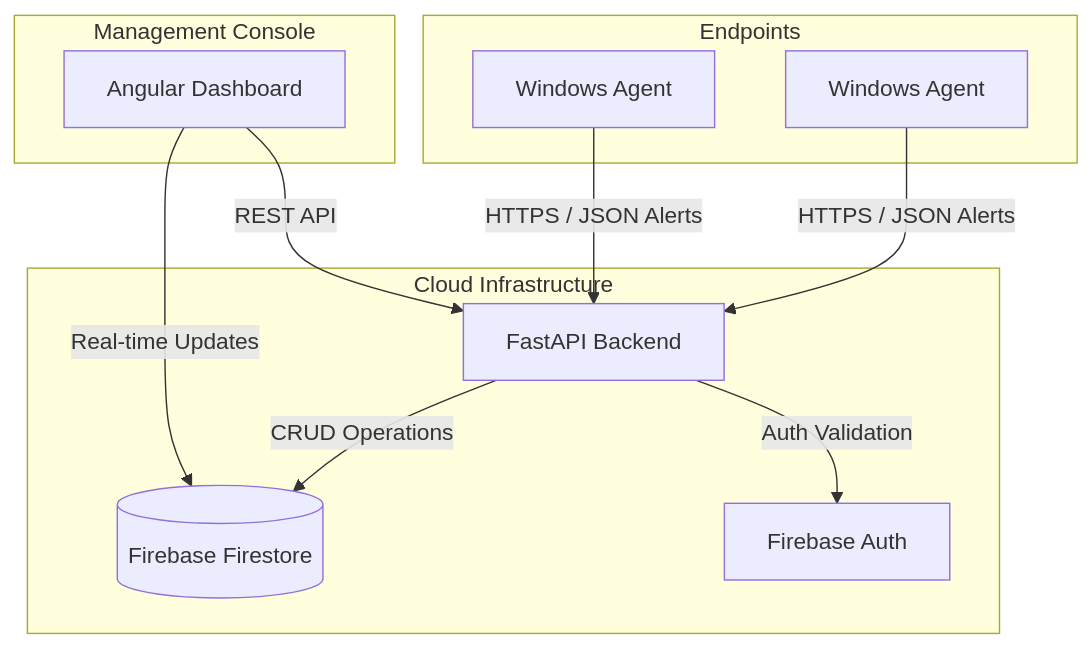
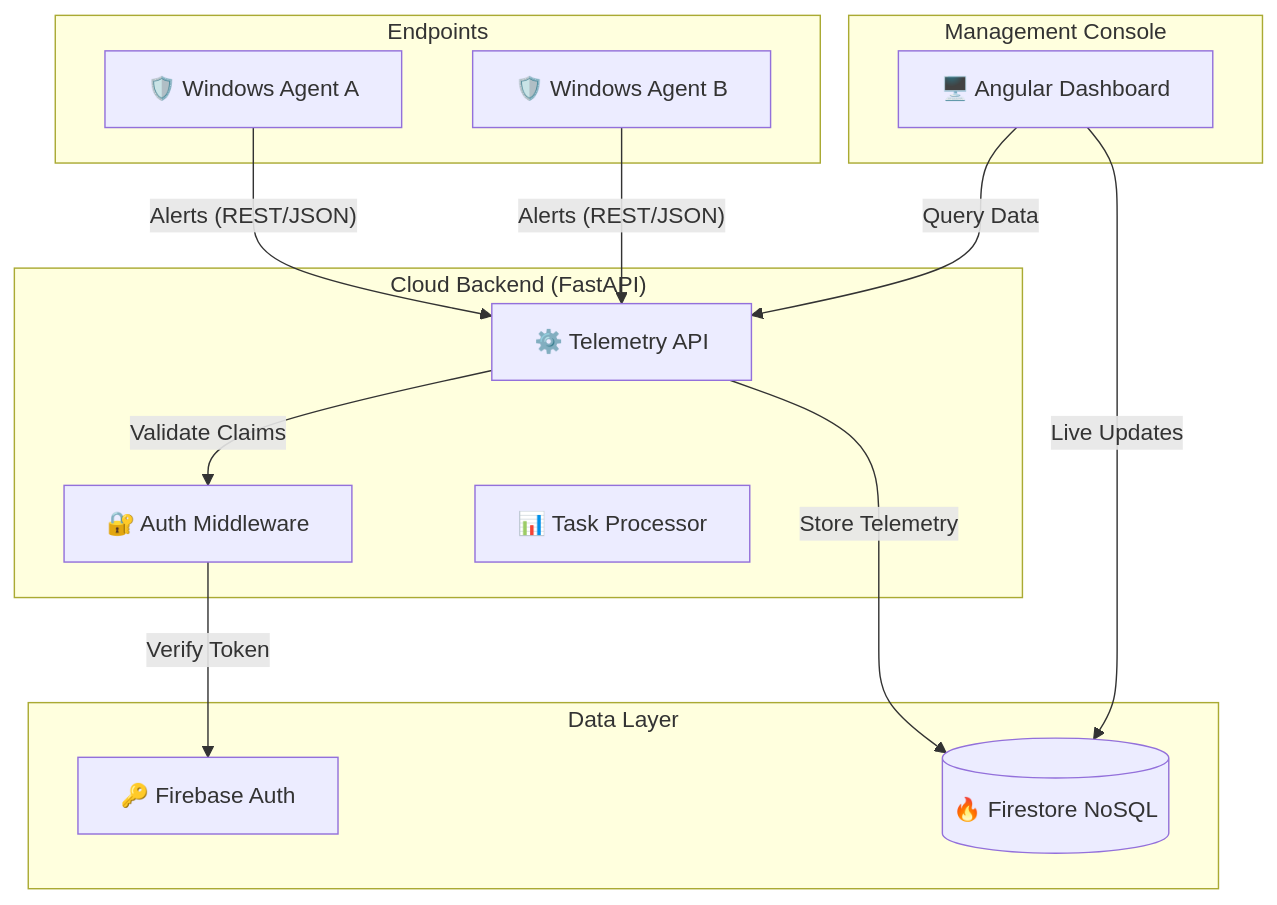
Before and after one commit to Techzaz-EDR/TechzazEDR_Dashboard: the first of 2 diagrams in README.md, drawn with Mermaid. The commit also changed other lines of this file and 2 other files, not shown here.

````diff
--- a/README.md
+++ b/README.md
@@ -23,24 +38,30 @@
 ```mermaid
 graph TD
     subgraph "Endpoints"
-        A1[Windows Agent]
-        A2[Windows Agent]
+        A1["🛡️ Windows Agent A"]
+        A2["🛡️ Windows Agent B"]
     end
 
-    subgraph "Cloud Infrastructure"
-        B[FastAPI Backend]
-        C[(Firebase Firestore)]
-        D[Firebase Auth]
+    subgraph "Cloud Backend (FastAPI)"
+        B["⚙️ Telemetry API"]
+        C["🔐 Auth Middleware"]
+        D["📊 Task Processor"]
+    end
+
+    subgraph "Data Layer"
+        E[("🔥 Firestore NoSQL")]
+        F["🔑 Firebase Auth"]
     end
 
     subgraph "Management Console"
-        E[Angular Dashboard]
+        G["🖥️ Angular Dashboard"]
     end
 
-    A1 -- "HTTPS / JSON Alerts" --> B
-    A2 -- "HTTPS / JSON Alerts" --> B
-    B -- "CRUD Operations" --> C
-    B -- "Auth Validation" --> D
-    E -- "REST API" --> B
-    E -- "Real-time Updates" --> C
+    A1 -- "Alerts (REST/JSON)" --> B
+    A2 -- "Alerts (REST/JSON)" --> B
+    B -- "Validate Claims" --> C
+    C -- "Verify Token" --> F
+    B -- "Store Telemetry" --> E
+    G -- "Query Data" --> B
+    G -- "Live Updates" --> E
 ```
````
